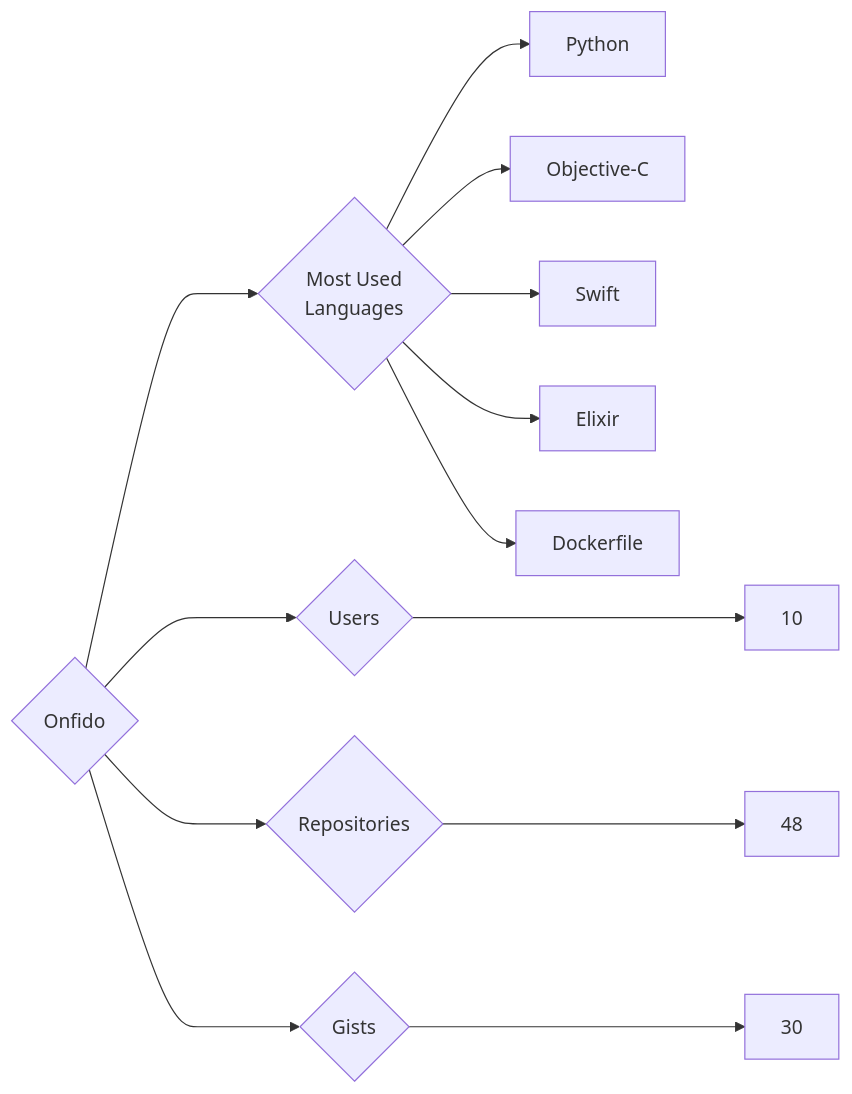
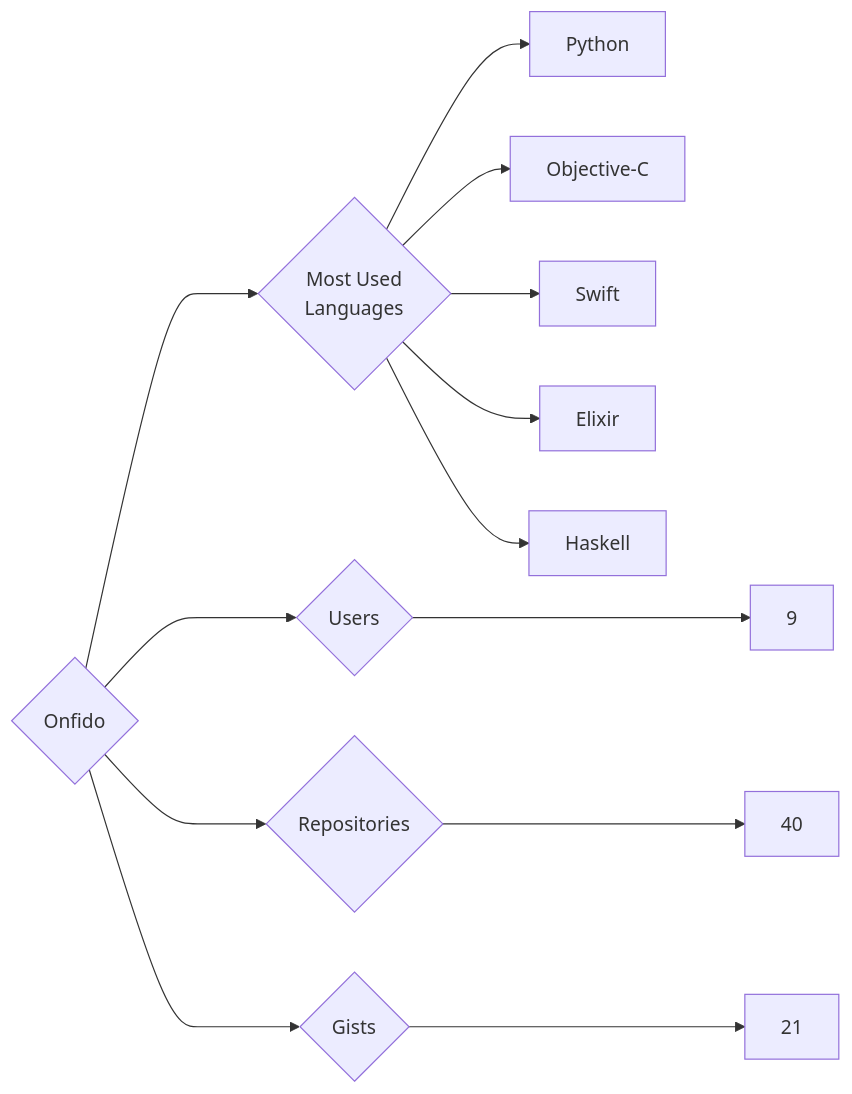
Before and after one commit to trickest/insiders: the diagram in targets/Onfido/README.md, drawn with Mermaid. The commit also changed 1496 other files, not shown here.

````diff
--- a/targets/Onfido/README.md
+++ b/targets/Onfido/README.md
@@ -3,13 +3,13 @@
 ```mermaid
 graph LR
 COMPANY_NAME{Onfido}
-COMPANY_NAME ---> U{Users} ---> UN[10]
-COMPANY_NAME ---> R{Repositories} ---> RN[48]
-COMPANY_NAME ---> G{Gists} ---> GN[30]
+COMPANY_NAME ---> U{Users} ---> UN[9]
+COMPANY_NAME ---> R{Repositories} ---> RN[40]
+COMPANY_NAME ---> G{Gists} ---> GN[21]
 COMPANY_NAME ---> ML{Most Used<br>Languages}
 ML --> Python[Python]
 ML --> Objective-C[Objective-C]
 ML --> Swift[Swift]
 ML --> Elixir[Elixir]
-ML --> Dockerfile[Dockerfile]
+ML --> Haskell[Haskell]
 ```
````
